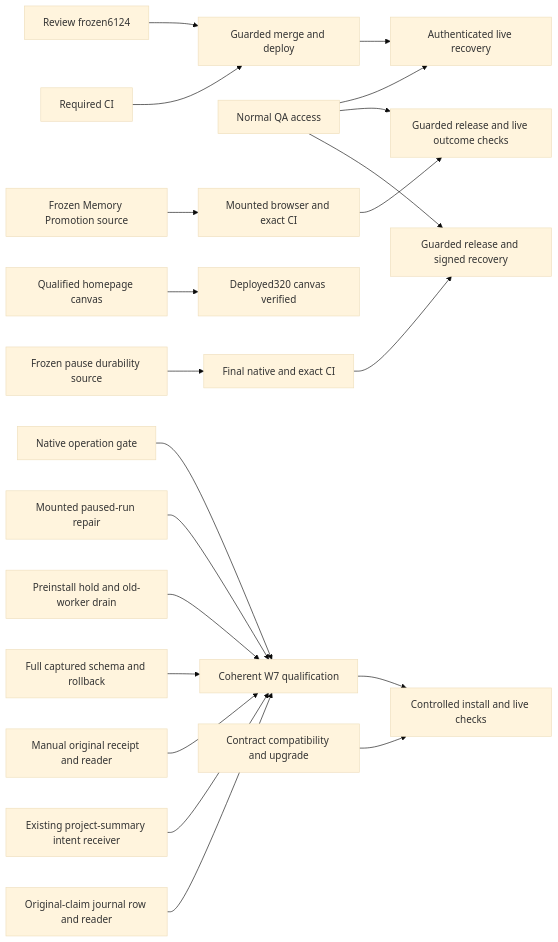
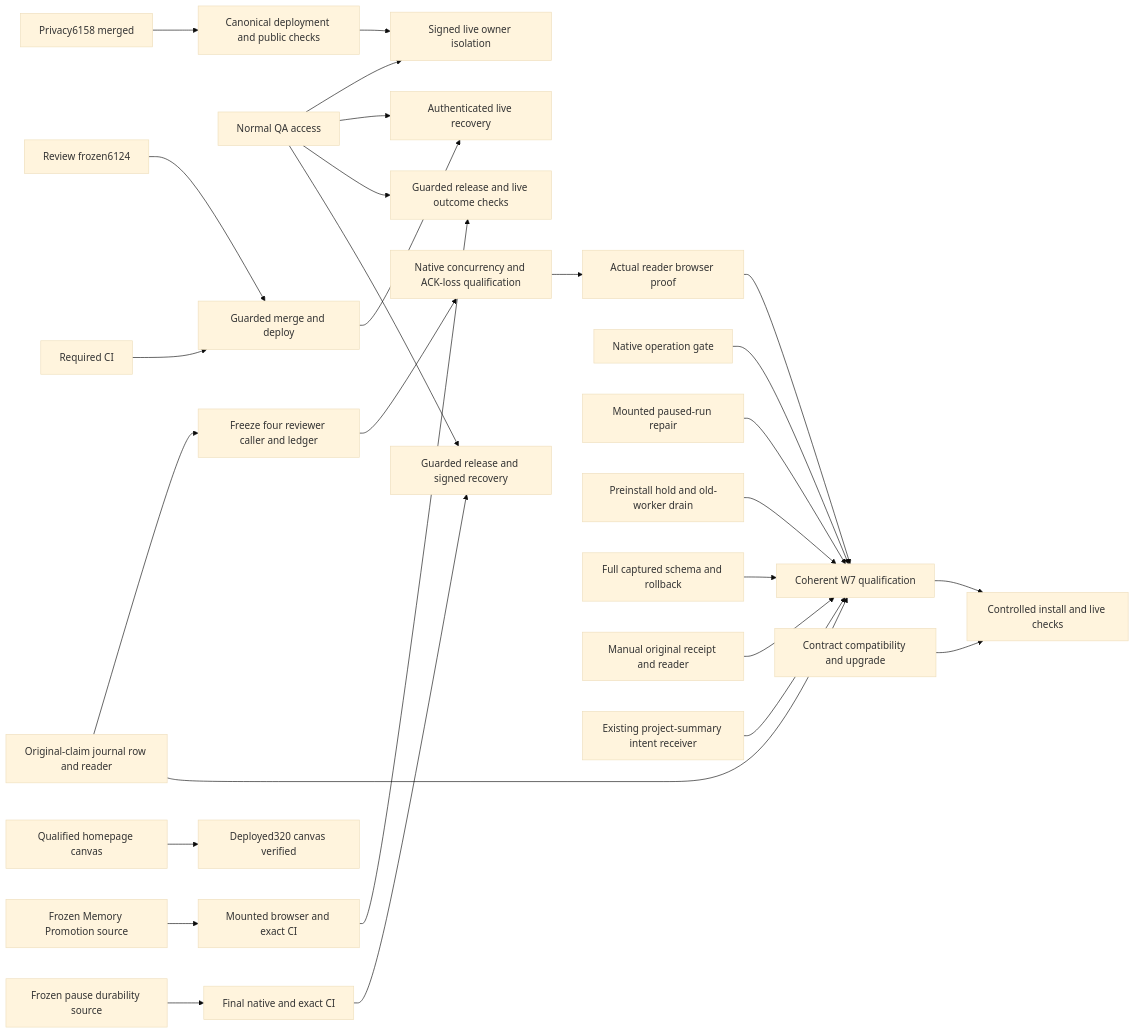
The first of 2 diagrams in Delivery-Path-Release-Plan.md (jtobkin/supraos-workflow-plan), drawn with Mermaid (base theme) before and after one commit. The commit also changed other lines of this file and 2 other files, not shown here.

````diff
--- a/Delivery-Path-Release-Plan.md
+++ b/Delivery-Path-Release-Plan.md
@@ -90,23 +92,30 @@
 ```mermaid
 flowchart LR
+ JP[Privacy6158 merged] --> JPD[Canonical deployment and public checks]
+ JPD --> JPL[Signed live owner isolation]
+ S3 --> JPL
+ WJ --> WJR[Freeze four reviewer caller and ledger]
+ WJR --> WJRN[Native concurrency and ACK-loss qualification]
+ WJRN --> WJRB[Actual reader browser proof]
+ WJRB --> W4
  S1[Review frozen6124] --> S4[Guarded merge and deploy]
  S2[Required CI] --> S4
  S4 --> S5[Authenticated live recovery]
  S3[Normal QA access] --> S5
  H1[Qualified homepage canvas] --> H2[Deployed320 canvas verified]
  MP1[Frozen Memory Promotion source] --> MP2[Mounted browser and exact CI]
  MP2 --> MP3[Guarded release and live outcome checks]
  S3 --> MP3
  P1[Frozen pause durability source] --> P2[Final native and exact CI]
  P2 --> P3[Guarded release and signed recovery]
  S3 --> P3
  W1[Native operation gate] --> W4[Coherent W7 qualification]
  W2[Mounted paused-run repair] --> W4
  W3[Preinstall hold and old-worker drain] --> W4
  WP[Full captured schema and rollback] --> W4
  WM[Manual original receipt and reader] --> W4
  WB[Existing project-summary intent receiver] --> W4
  WJ[Original-claim journal row and reader] --> W4
  W4 --> W5[Controlled install and live checks]
  L1[Contract compatibility and upgrade] --> W5
 ```
````
